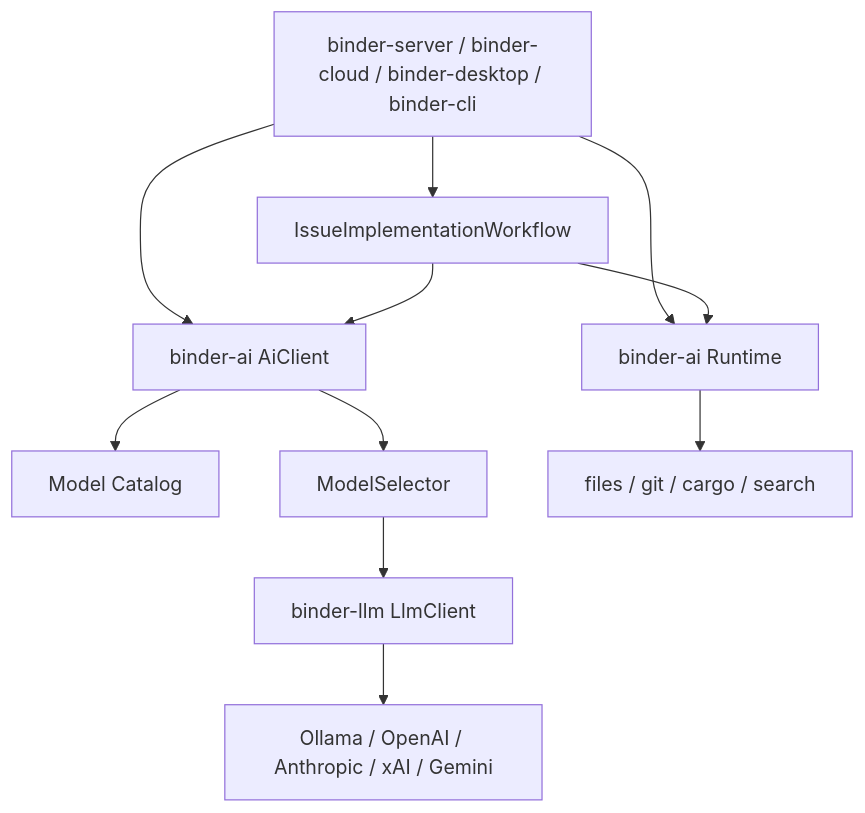
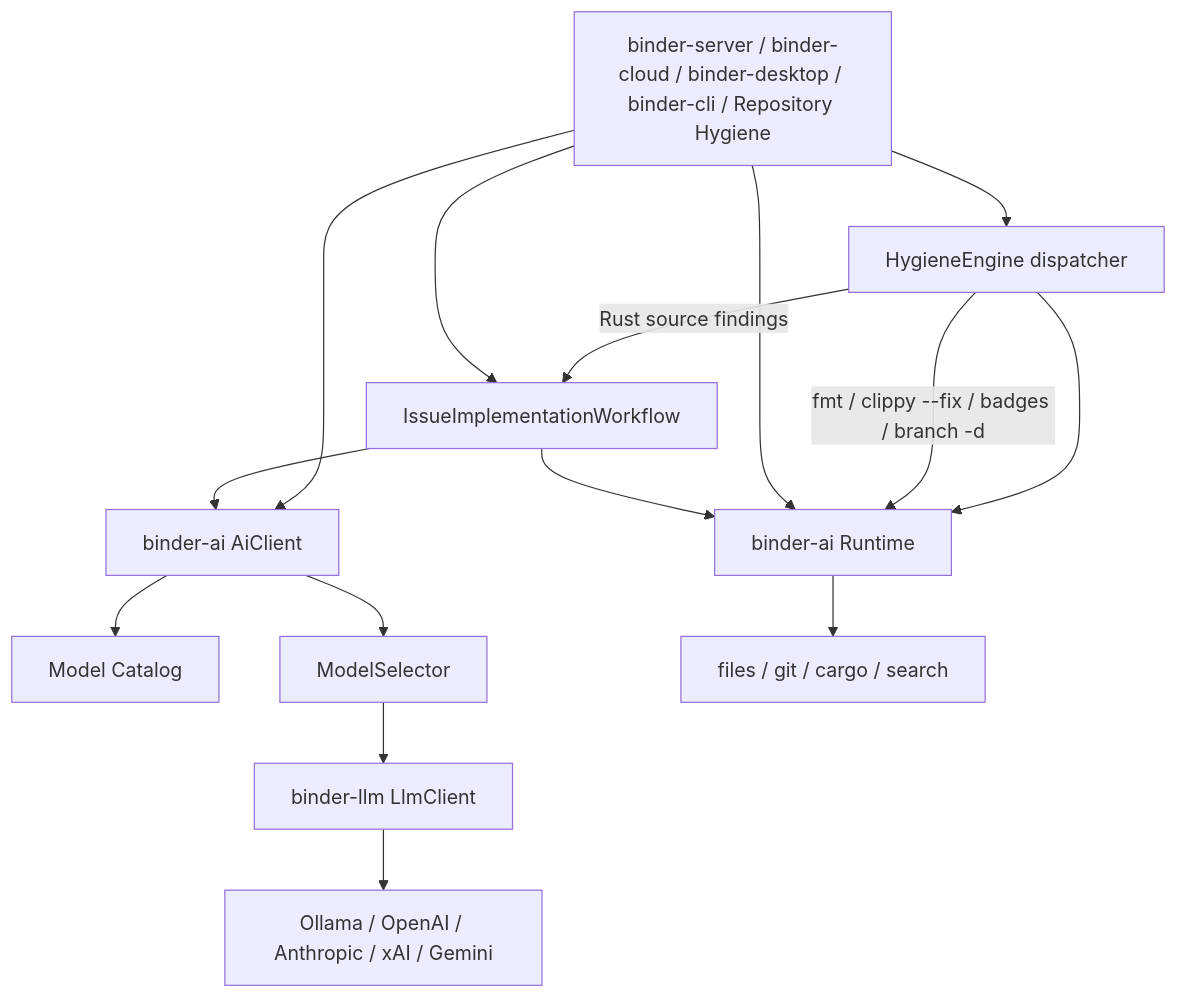
Before and after one commit to dpkimball/binder-ai: the diagram in docs/as-built/architecture.md, drawn with Mermaid. The commit also changed other lines of this file and 14 other files, not shown here.

First line of the commit message:
Add HygieneEngine so repository findings can dispatch optional local Rust AI remediation.

````diff
--- a/docs/as-built/architecture.md
+++ b/docs/as-built/architecture.md
@@ -5,22 +5,27 @@
 ```mermaid
 flowchart TD
-  apps["binder-server / binder-cloud / binder-desktop / binder-cli"]
+  apps["binder-server / binder-cloud / binder-desktop / binder-cli / Repository Hygiene"]
   ai["binder-ai AiClient"]
   runtime["binder-ai Runtime"]
+  hygiene["HygieneEngine dispatcher"]
   wf["IssueImplementationWorkflow"]
   catalog["Model Catalog"]
   selector["ModelSelector"]
   llm["binder-llm LlmClient"]
   providers["Ollama / OpenAI / Anthropic / xAI / Gemini"]
   env["files / git / cargo / search"]
+  apps --> hygiene
+  hygiene --> runtime
+  hygiene -->|"Rust source findings"| wf
+  hygiene -->|"fmt / clippy --fix / badges / branch -d"| runtime
   apps --> ai
   apps --> runtime
   apps --> wf
   wf --> ai
   wf --> runtime
   ai --> catalog
   ai --> selector
   selector --> llm
   llm --> providers
   runtime --> env
 ```
````
